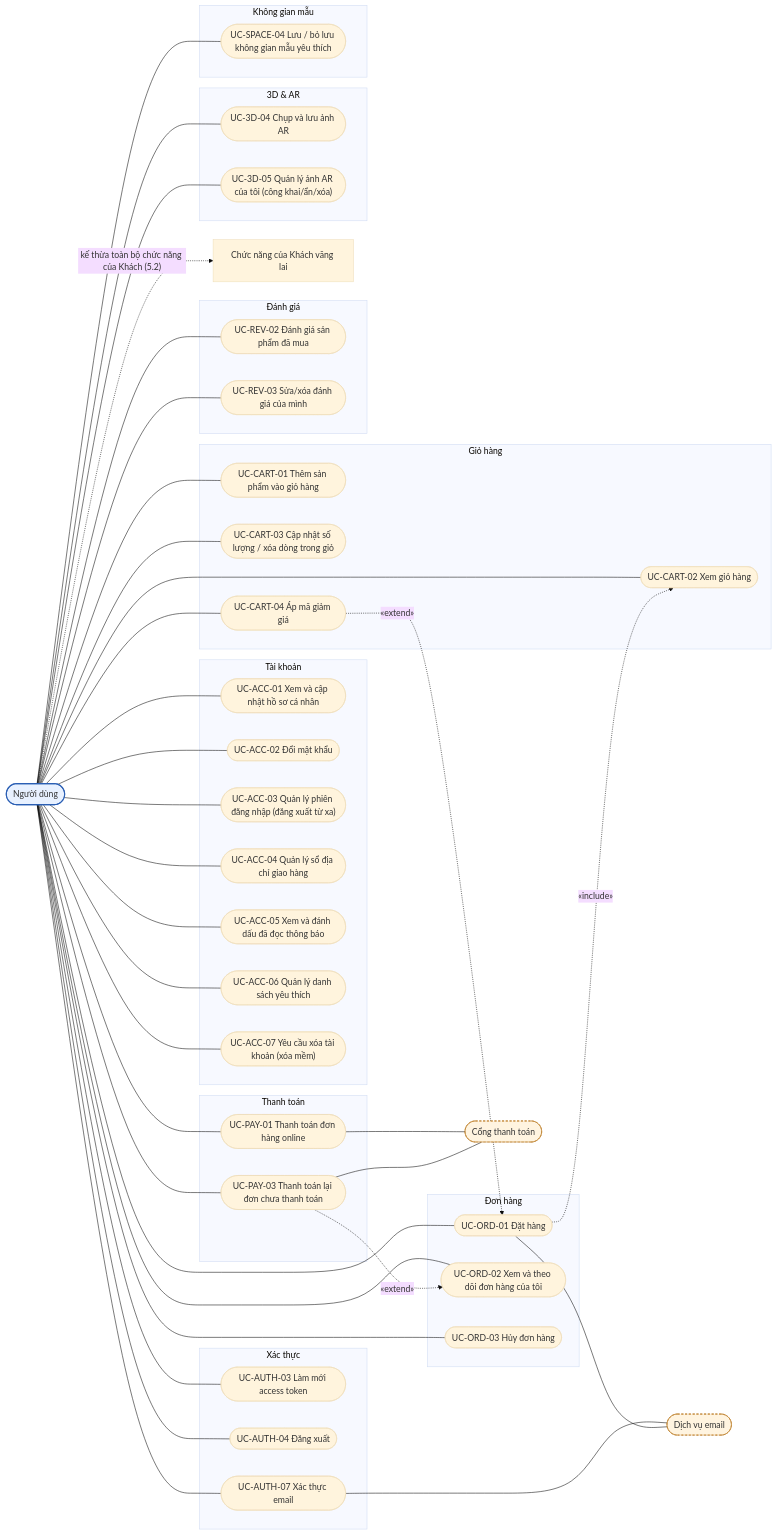
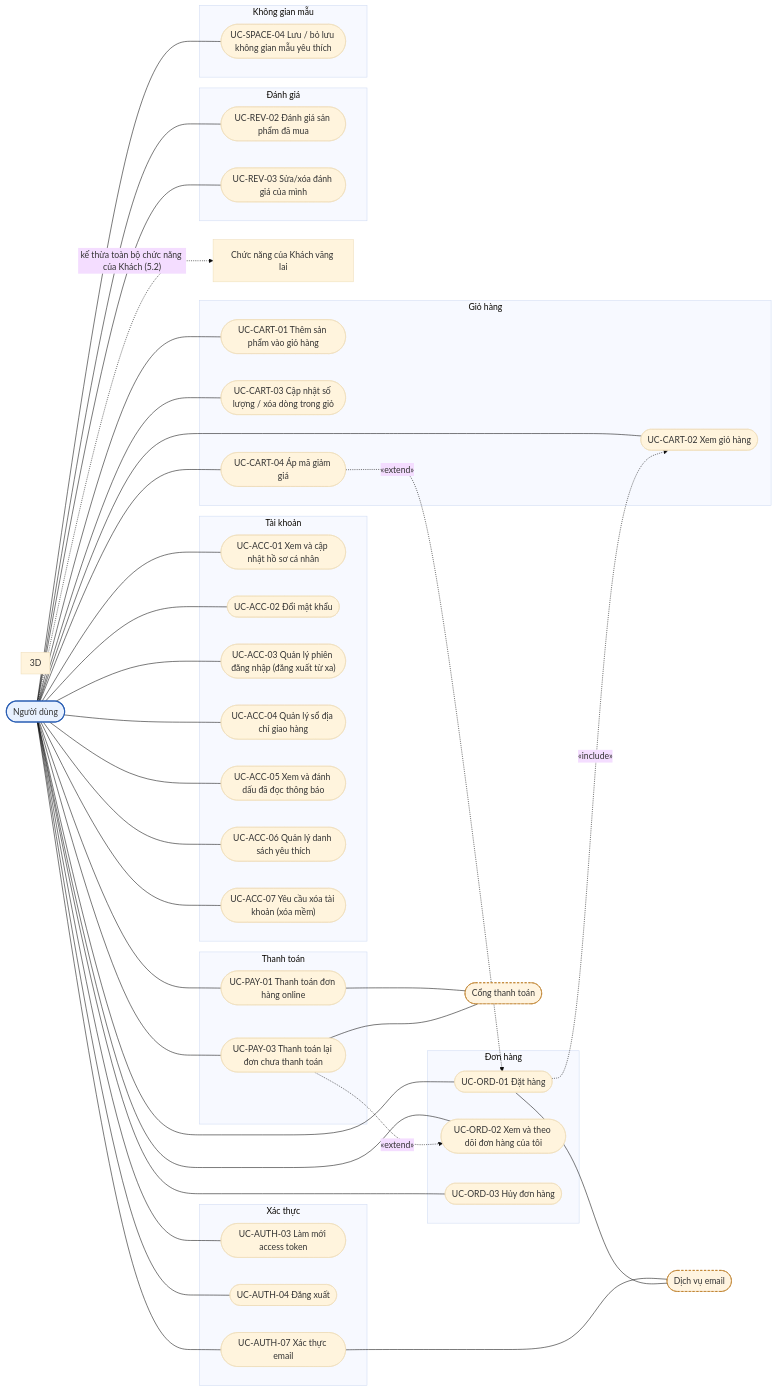
The third of 13 diagrams in docs/DAC_TA_CHUC_NANG_THEO_VAI_TRO.md (2431540234-arch/XDUDTMDT), drawn with Mermaid (base theme) before and after one commit. The commit also changed other lines of this file and 30 other files, not shown here.

First line of the commit message:
docs: cap nhat DAC_TA, DECISIONS, schema va tai lieu chuan theo quyet dinh moi

````diff
--- a/docs/DAC_TA_CHUC_NANG_THEO_VAI_TRO.md
+++ b/docs/DAC_TA_CHUC_NANG_THEO_VAI_TRO.md
@@ -412,80 +417,76 @@
 ```mermaid
 flowchart LR
     N(["Người dùng"]):::actor
     EM(["Dịch vụ email"]):::ext
     GW(["Cổng thanh toán"]):::ext
     subgraph SG_AUTH["Xác thực"]
         UC_AUTH_03(["UC-AUTH-03 Làm mới access token"])
         UC_AUTH_04(["UC-AUTH-04 Đăng xuất"])
         UC_AUTH_07(["UC-AUTH-07 Xác thực email"])
     end
     subgraph SG_ACC["Tài khoản"]
         UC_ACC_01(["UC-ACC-01 Xem và cập nhật hồ sơ cá nhân"])
         UC_ACC_02(["UC-ACC-02 Đổi mật khẩu"])
         UC_ACC_03(["UC-ACC-03 Quản lý phiên đăng nhập (đăng xuất từ xa)"])
         UC_ACC_04(["UC-ACC-04 Quản lý sổ địa chỉ giao hàng"])
         UC_ACC_05(["UC-ACC-05 Xem và đánh dấu đã đọc thông báo"])
         UC_ACC_06(["UC-ACC-06 Quản lý danh sách yêu thích"])
         UC_ACC_07(["UC-ACC-07 Yêu cầu xóa tài khoản (xóa mềm)"])
     end
     subgraph SG_CART["Giỏ hàng"]
         UC_CART_01(["UC-CART-01 Thêm sản phẩm vào giỏ hàng"])
         UC_CART_02(["UC-CART-02 Xem giỏ hàng"])
         UC_CART_03(["UC-CART-03 Cập nhật số lượng / xóa dòng trong giỏ"])
         UC_CART_04(["UC-CART-04 Áp mã giảm giá"])
     end
     subgraph SG_ORD["Đơn hàng"]
         UC_ORD_01(["UC-ORD-01 Đặt hàng"])
         UC_ORD_02(["UC-ORD-02 Xem và theo dõi đơn hàng của tôi"])
         UC_ORD_03(["UC-ORD-03 Hủy đơn hàng"])
     end
     subgraph SG_PAY["Thanh toán"]
         UC_PAY_01(["UC-PAY-01 Thanh toán đơn hàng online"])
         UC_PAY_03(["UC-PAY-03 Thanh toán lại đơn chưa thanh toán"])
     end
     subgraph SG_REV["Đánh giá"]
         UC_REV_02(["UC-REV-02 Đánh giá sản phẩm đã mua"])
         UC_REV_03(["UC-REV-03 Sửa/xóa đánh giá của mình"])
     end
-    subgraph SG_D3["3D & AR"]
-        UC_3D_04(["UC-3D-04 Chụp và lưu ảnh AR"])
-        UC_3D_05(["UC-3D-05 Quản lý ảnh AR của tôi (công khai/ẩn/xóa)"])
+    subgraph SG_D3["3D"]
     end
     subgraph SG_SPACE["Không gian mẫu"]
         UC_SPACE_04(["UC-SPACE-04 Lưu / bỏ lưu không gian mẫu yêu thích"])
     end
     N --- UC_AUTH_03
     N --- UC_AUTH_04
     N --- UC_AUTH_07
     N --- UC_ACC_01
     N --- UC_ACC_02
     N --- UC_ACC_03
     N --- UC_ACC_04
     N --- UC_ACC_05
     N --- UC_ACC_06
     N --- UC_ACC_07
     N --- UC_CART_01
     N --- UC_CART_02
     N --- UC_CART_03
     N --- UC_CART_04
     N --- UC_ORD_01
     N --- UC_ORD_02
     N --- UC_ORD_03
     N --- UC_PAY_01
     N --- UC_PAY_03
     N --- UC_REV_02
     N --- UC_REV_03
-    N --- UC_3D_04
-    N --- UC_3D_05
     N --- UC_SPACE_04
     UC_AUTH_07 --- EM
     UC_ORD_01 --- EM
     UC_PAY_01 --- GW
     UC_PAY_03 --- GW
     UC_CART_04 -. "«extend»" .-> UC_ORD_01
     UC_ORD_01 -. "«include»" .-> UC_CART_02
     UC_PAY_03 -. "«extend»" .-> UC_ORD_02
     N -. "kế thừa toàn bộ chức năng của Khách (5.2)" .-> KX["Chức năng của Khách vãng lai"]
     classDef actor fill:#e8f1ff,stroke:#2b5fb4,stroke-width:2px
     classDef ext fill:#fff4e0,stroke:#b8761a,stroke-dasharray: 4 3
 ```
````
